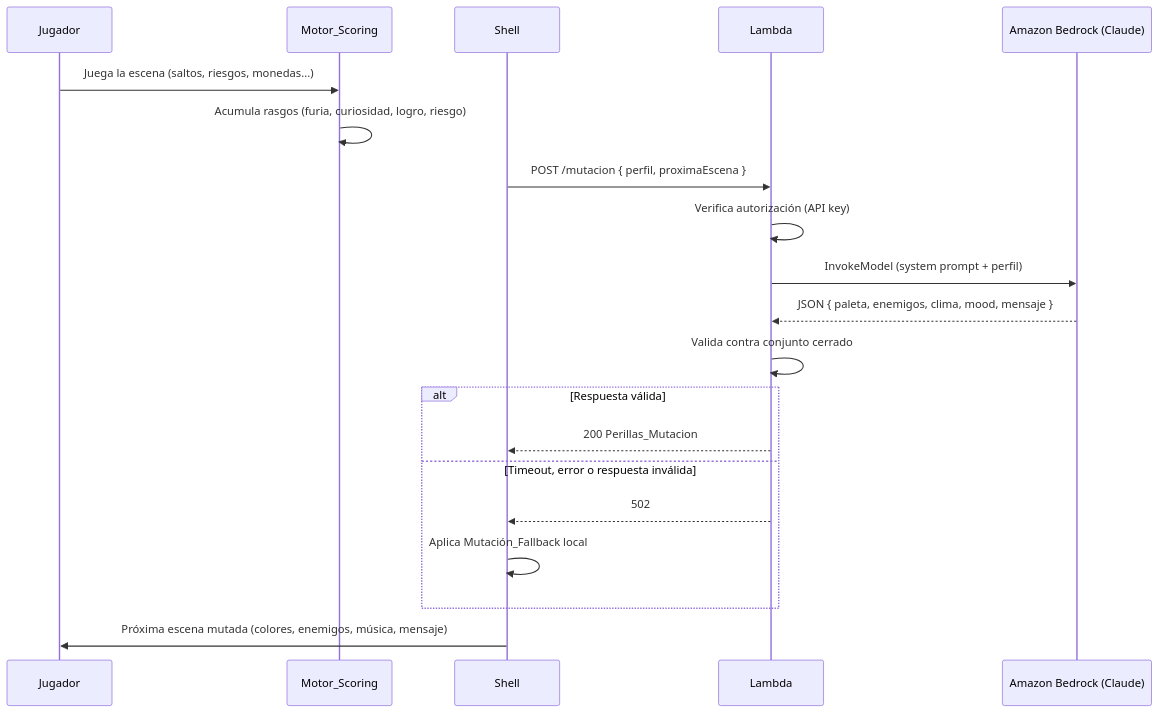
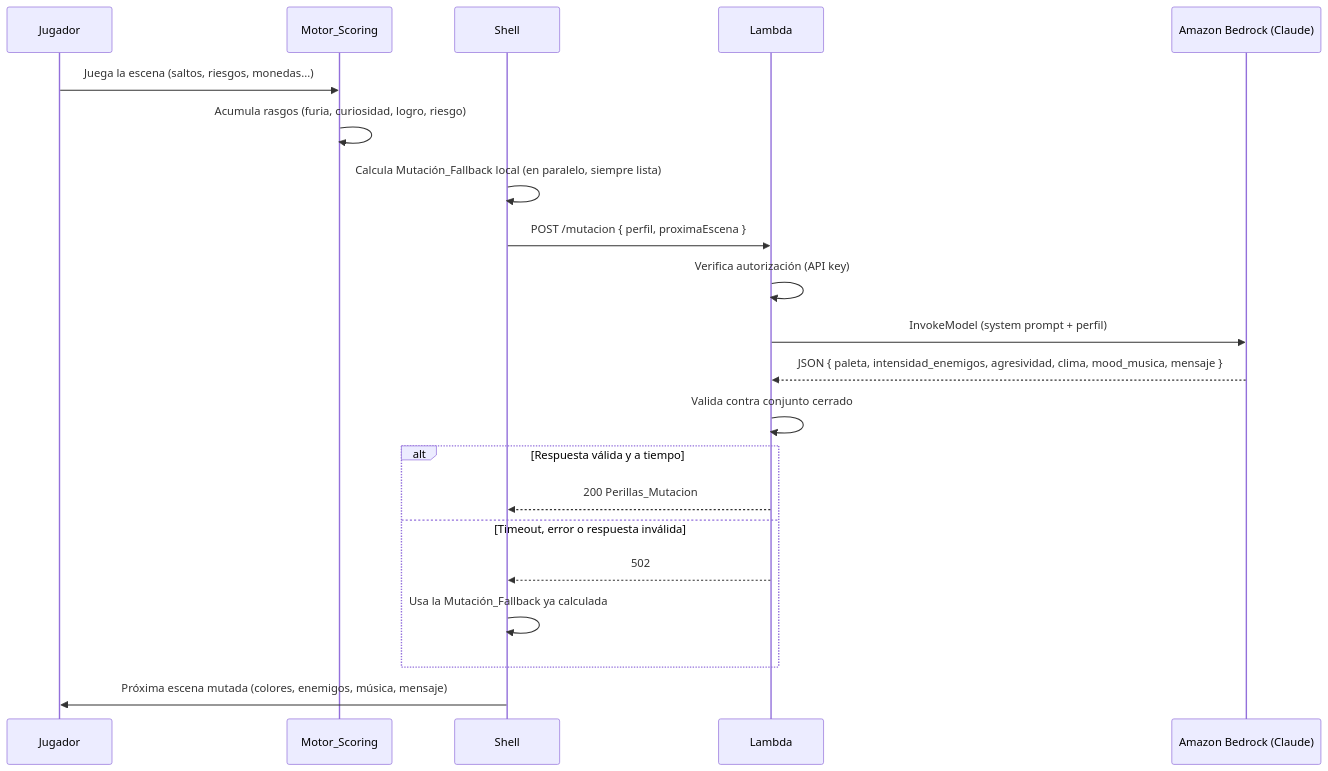
Before and after one commit to mayrtn/999-EN-1: the second of 2 diagrams in README.md, drawn with Mermaid. The commit also changed other lines of this file, not shown here.

Commit message:
docs:_mejorar_diagrama_README

````diff
--- a/README.md
+++ b/README.md
@@ -70,23 +70,24 @@
 ```mermaid
 sequenceDiagram
     participant J as Jugador
     participant M as Motor_Scoring
     participant S as Shell
     participant L as Lambda
     participant B as Amazon Bedrock (Claude)
 
     J->>M: Juega la escena (saltos, riesgos, monedas...)
     M->>M: Acumula rasgos (furia, curiosidad, logro, riesgo)
+    S->>S: Calcula Mutación_Fallback local (en paralelo, siempre lista)
     S->>L: POST /mutacion { perfil, proximaEscena }
     L->>L: Verifica autorización (API key)
     L->>B: InvokeModel (system prompt + perfil)
-    B-->>L: JSON { paleta, enemigos, clima, mood, mensaje }
+    B-->>L: JSON { paleta, intensidad_enemigos, agresividad, clima, mood_musica, mensaje }
     L->>L: Valida contra conjunto cerrado
-    alt Respuesta válida
+    alt Respuesta válida y a tiempo
         L-->>S: 200 Perillas_Mutacion
     else Timeout, error o respuesta inválida
         L-->>S: 502
-        S->>S: Aplica Mutación_Fallback local
+        S->>S: Usa la Mutación_Fallback ya calculada
     end
     S->>J: Próxima escena mutada (colores, enemigos, música, mensaje)
 ```
````
